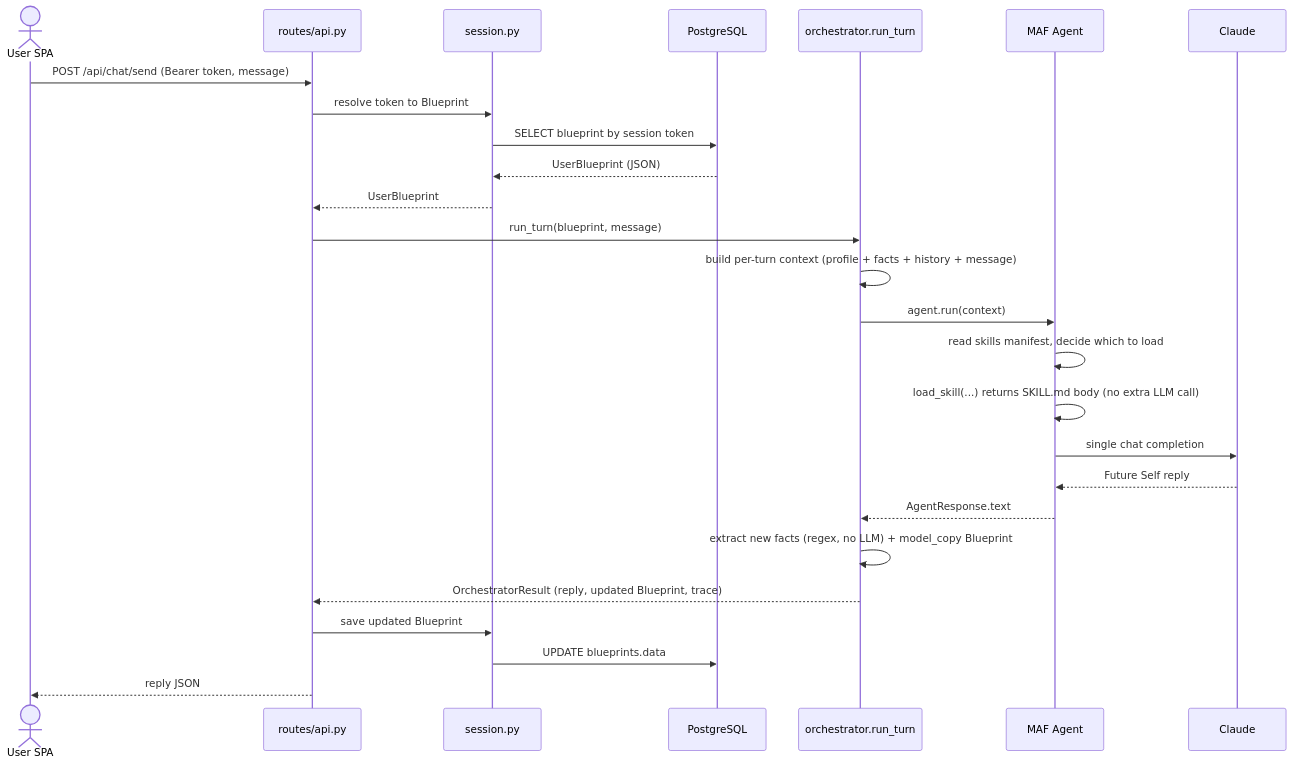
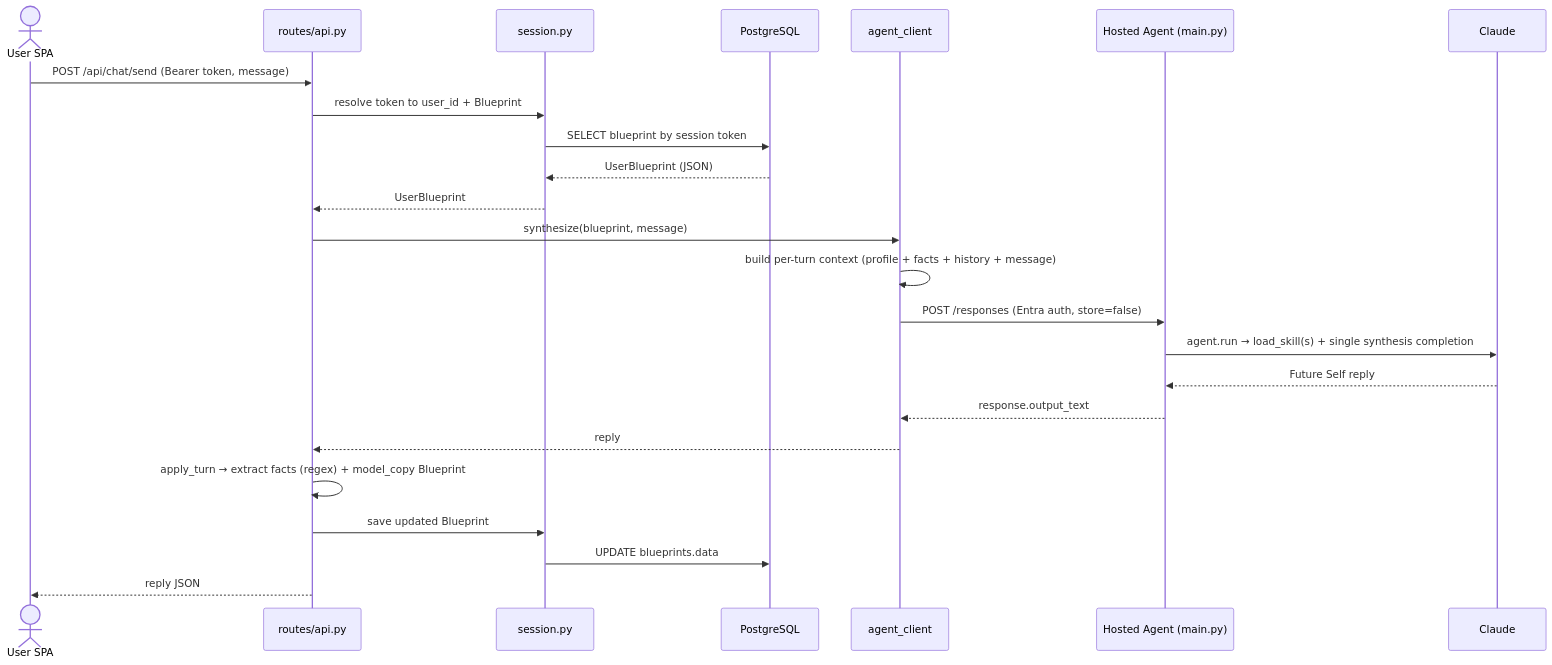
Before and after one commit to scopeta/futureself: the second of 6 diagrams in ARCHITECTURE.md, drawn with Mermaid. The commit also changed other lines of this file and 15 other files, not shown here.

First line of the commit message:
refactor: clean cutover to Foundry hosted agent (no feature flag)

````diff
--- a/ARCHITECTURE.md
+++ b/ARCHITECTURE.md
@@ -79,29 +79,27 @@
 ```mermaid
 sequenceDiagram
     actor U as User SPA
     participant API as routes/api.py
     participant S as session.py
     participant DB as PostgreSQL
-    participant O as orchestrator.run_turn
-    participant A as MAF Agent
+    participant CL as agent_client
+    participant H as Hosted Agent (main.py)
     participant C as Claude
 
     U->>API: POST /api/chat/send (Bearer token, message)
-    API->>S: resolve token to Blueprint
+    API->>S: resolve token to user_id + Blueprint
     S->>DB: SELECT blueprint by session token
     DB-->>S: UserBlueprint (JSON)
     S-->>API: UserBlueprint
-    API->>O: run_turn(blueprint, message)
-    O->>O: build per-turn context (profile + facts + history + message)
-    O->>A: agent.run(context)
-    A->>A: read skills manifest, decide which to load
-    A->>A: load_skill(...) returns SKILL.md body (no extra LLM call)
-    A->>C: single chat completion
-    C-->>A: Future Self reply
-    A-->>O: AgentResponse.text
-    O->>O: extract new facts (regex, no LLM) + model_copy Blueprint
-    O-->>API: OrchestratorResult (reply, updated Blueprint, trace)
+    API->>CL: synthesize(blueprint, message)
+    CL->>CL: build per-turn context (profile + facts + history + message)
+    CL->>H: POST /responses (Entra auth, store=false)
+    H->>C: agent.run → load_skill(s) + single synthesis completion
+    C-->>H: Future Self reply
+    H-->>CL: response.output_text
+    CL-->>API: reply
+    API->>API: apply_turn → extract facts (regex) + model_copy Blueprint
     API->>S: save updated Blueprint
     S->>DB: UPDATE blueprints.data
     API-->>U: reply JSON
 ```
````
